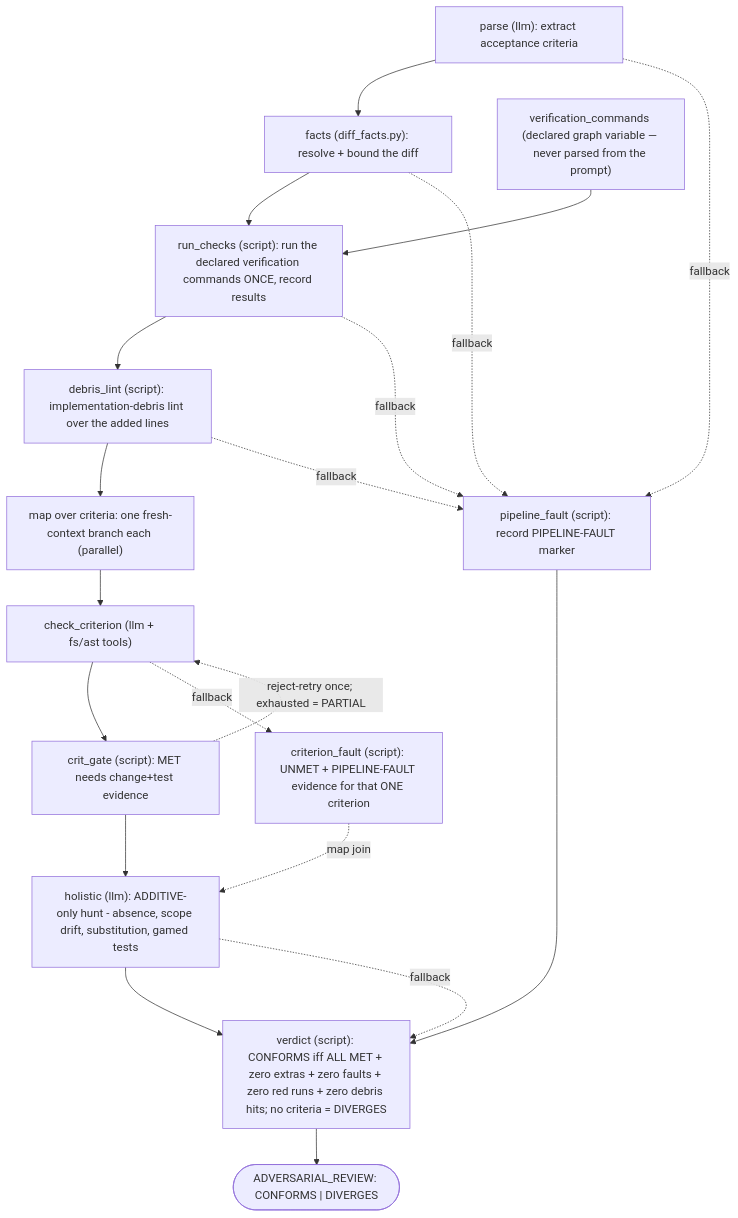
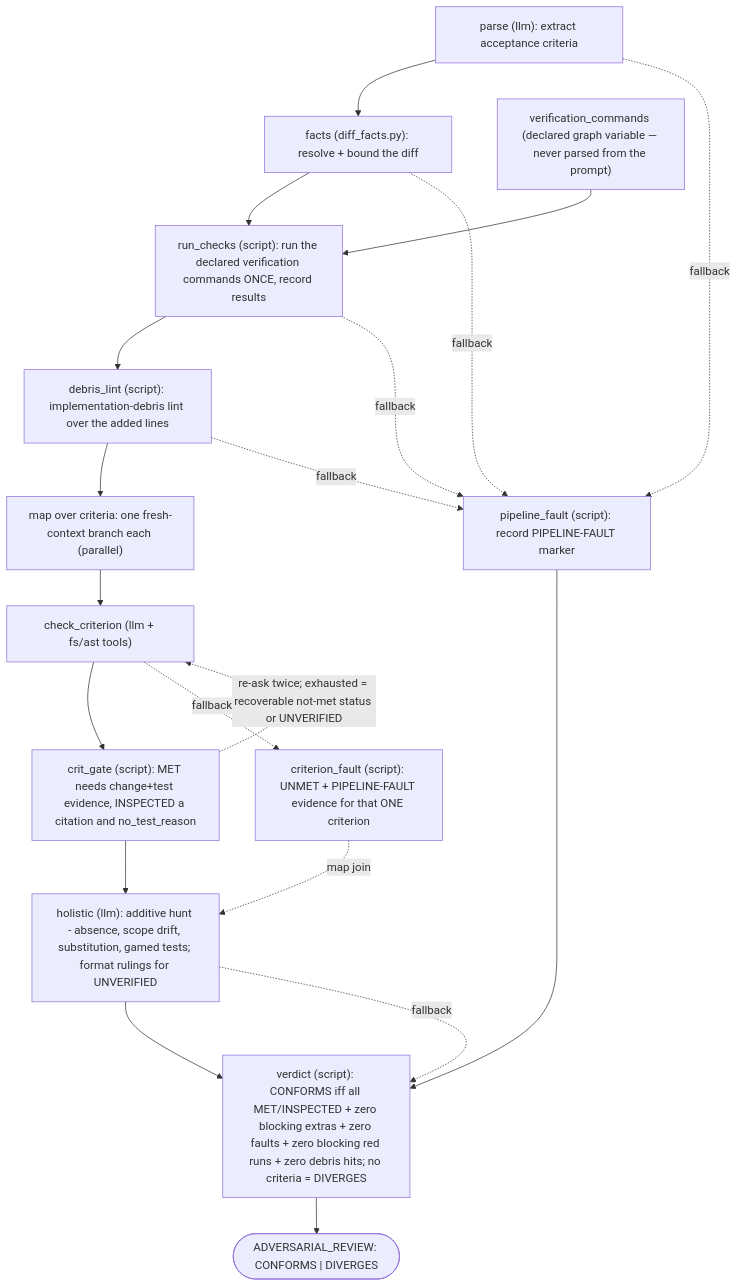
The diagram in assets/agents/adversary/README.md (Dark-Alex-17/coyote), drawn with Mermaid before and after one commit. The commit also changed other lines of this file and 7 other files, not shown here.

Commit message:
fix(adversary): inspected criteria, diff-base baseline for red runs, lock-aware deadline, holistic severity and format fallback

````diff
--- a/assets/agents/adversary/README.md
+++ b/assets/agents/adversary/README.md
@@ -88,22 +110,22 @@
 ```mermaid
 flowchart TD
     A["parse (llm): extract acceptance criteria"] --> B["facts (diff_facts.py): resolve + bound the diff"]
     V["verification_commands (declared graph variable — never parsed from the prompt)"] --> R
     B --> R["run_checks (script): run the declared verification commands ONCE, record results"]
     R --> L["debris_lint (script): implementation-debris lint over the added lines"]
     L --> C["map over criteria: one fresh-context branch each (parallel)"]
     C --> D["check_criterion (llm + fs/ast tools)"]
-    D --> E["crit_gate (script): MET needs change+test evidence"]
-    E -. "reject-retry once; exhausted = PARTIAL" .-> D
-    E --> F["holistic (llm): ADDITIVE-only hunt - absence, scope drift, substitution, gamed tests"]
-    F --> G["verdict (script): CONFORMS iff ALL MET + zero extras + zero faults + zero red runs + zero debris hits; no criteria = DIVERGES"]
+    D --> E["crit_gate (script): MET needs change+test evidence, INSPECTED a citation and no_test_reason"]
+    E -. "re-ask twice; exhausted = recoverable not-met status or UNVERIFIED" .-> D
+    E --> F["holistic (llm): additive hunt - absence, scope drift, substitution, gamed tests; format rulings for UNVERIFIED"]
+    F --> G["verdict (script): CONFORMS iff all MET/INSPECTED + zero blocking extras + zero faults + zero blocking red runs + zero debris hits; no criteria = DIVERGES"]
     G --> H(["ADVERSARIAL_REVIEW: CONFORMS | DIVERGES"])
     A -. "fallback" .-> P["pipeline_fault (script): record PIPELINE-FAULT marker"]
     B -. "fallback" .-> P
     R -. "fallback" .-> P
     L -. "fallback" .-> P
     D -. "fallback" .-> CF["criterion_fault (script): UNMET + PIPELINE-FAULT evidence for that ONE criterion"]
     CF -. "map join" .-> F
     F -. "fallback" .-> G
     P --> G
 ```
````
